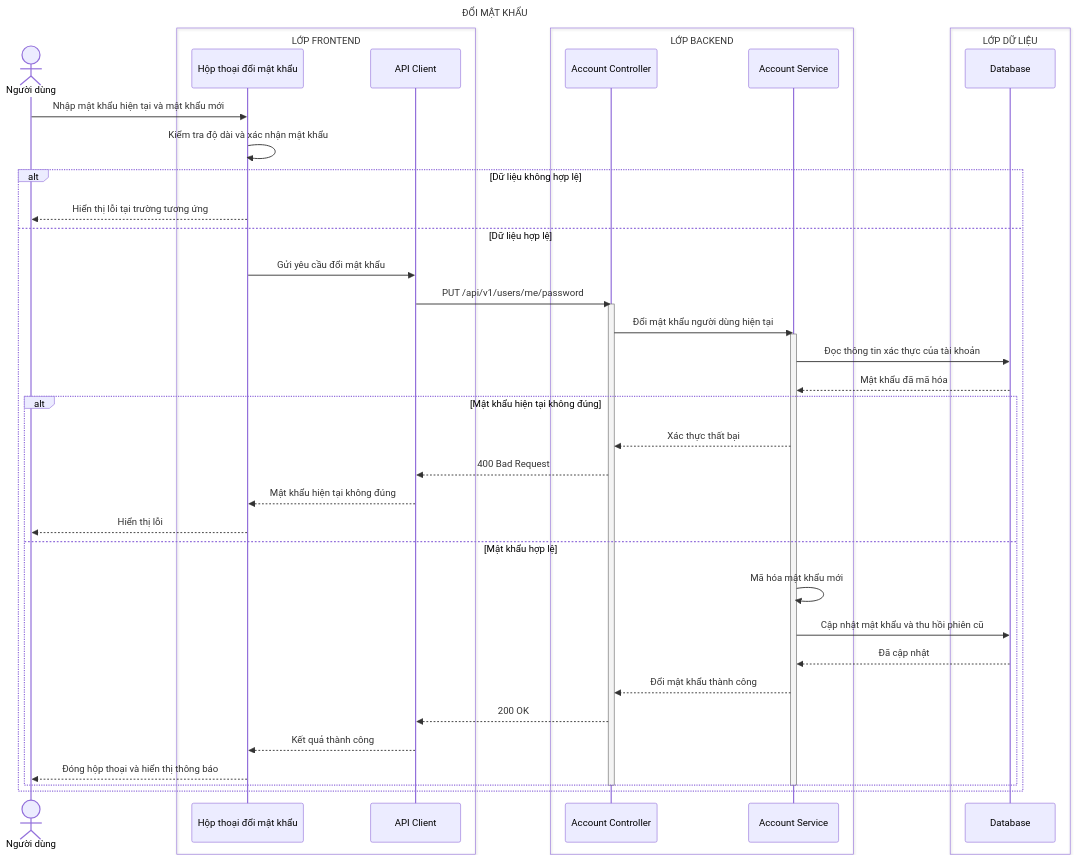
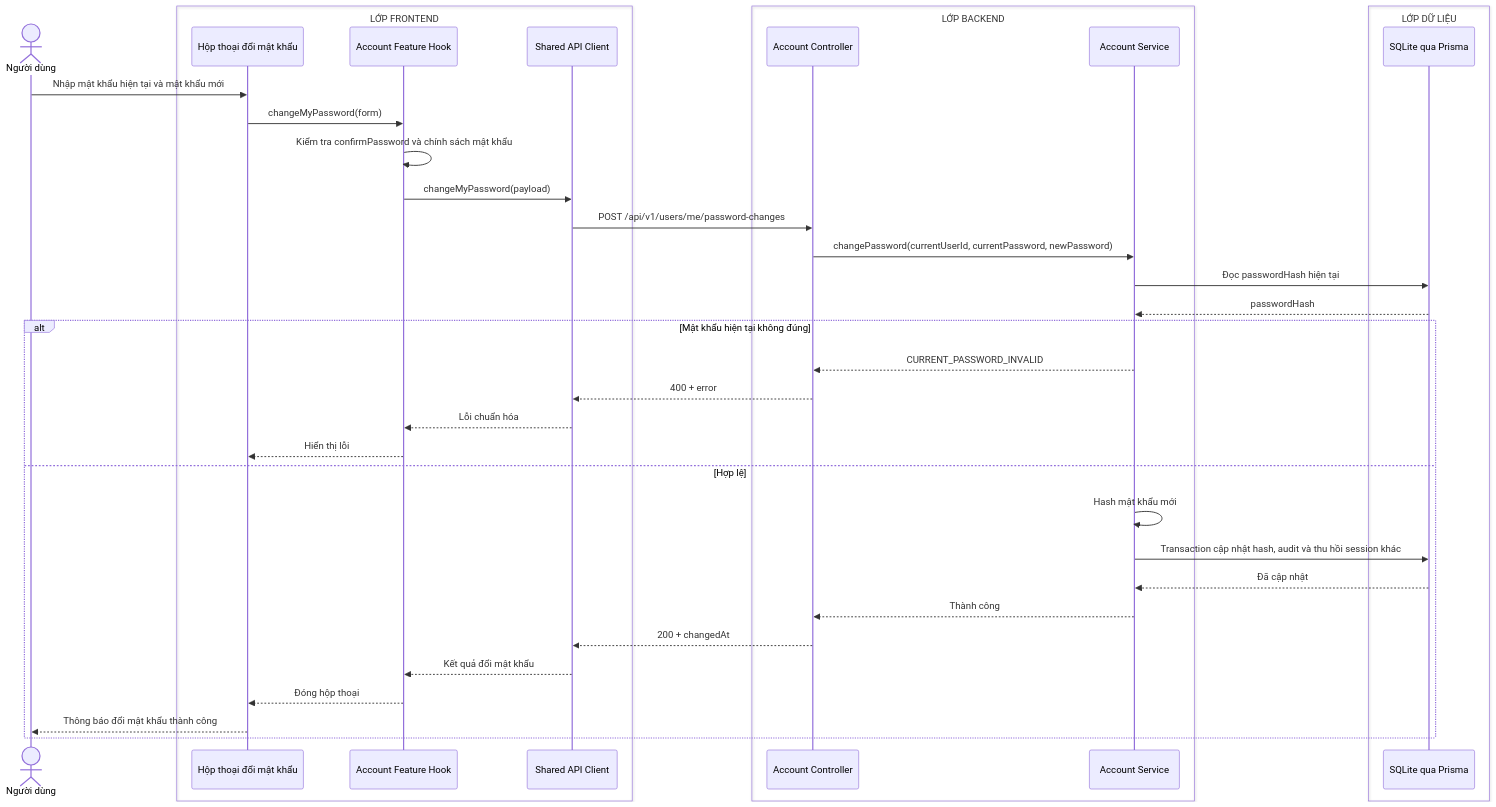
One commit to MINHDZVODICH/ctv-manage changed the first of 2 diagrams in docs/sequence-diagrams/05-doi-va-dat-lai-mat-khau.md. Above: the diagram before and after it, drawn with Mermaid. The commit also changed other lines of this file and 19 other files, not shown here.

Commit message:
docs: align API architecture and prototype flows

````diff
--- a/docs/sequence-diagrams/05-doi-va-dat-lai-mat-khau.md
+++ b/docs/sequence-diagrams/05-doi-va-dat-lai-mat-khau.md
@@ -5,53 +7,41 @@
 ```mermaid
 sequenceDiagram
-    title ĐỔI MẬT KHẨU
-
     actor U as Người dùng
-
     box LỚP FRONTEND
         participant UI as Hộp thoại đổi mật khẩu
-        participant API as API Client
+        participant H as Account Feature Hook
+        participant API as Shared API Client
     end
-
     box LỚP BACKEND
         participant C as Account Controller
         participant S as Account Service
     end
-
     box LỚP DỮ LIỆU
-        participant DB as Database
+        participant DB as SQLite qua Prisma
     end
 
     U->>UI: Nhập mật khẩu hiện tại và mật khẩu mới
-    UI->>UI: Kiểm tra độ dài và xác nhận mật khẩu
+    UI->>H: changeMyPassword(form)
+    H->>H: Kiểm tra confirmPassword và chính sách mật khẩu
+    H->>API: changeMyPassword(payload)
+    API->>C: POST /api/v1/users/me/password-changes
+    C->>S: changePassword(currentUserId, currentPassword, newPassword)
+    S->>DB: Đọc passwordHash hiện tại
+    DB-->>S: passwordHash
 
-    alt Dữ liệu không hợp lệ
-        UI-->>U: Hiển thị lỗi tại trường tương ứng
-    else Dữ liệu hợp lệ
-        UI->>API: Gửi yêu cầu đổi mật khẩu
-        API->>C: PUT /api/v1/users/me/password
-        activate C
-        C->>S: Đổi mật khẩu người dùng hiện tại
-        activate S
-        S->>DB: Đọc thông tin xác thực của tài khoản
-        DB-->>S: Mật khẩu đã mã hóa
-
-        alt Mật khẩu hiện tại không đúng
-            S-->>C: Xác thực thất bại
-            C-->>API: 400 Bad Request
-            API-->>UI: Mật khẩu hiện tại không đúng
-            UI-->>U: Hiển thị lỗi
-        else Mật khẩu hợp lệ
-            S->>S: Mã hóa mật khẩu mới
-            S->>DB: Cập nhật mật khẩu và thu hồi phiên cũ
-            DB-->>S: Đã cập nhật
-            S-->>C: Đổi mật khẩu thành công
-            C-->>API: 200 OK
-            API-->>UI: Kết quả thành công
-            UI-->>U: Đóng hộp thoại và hiển thị thông báo
-        end
-
-        deactivate S
-        deactivate C
+    alt Mật khẩu hiện tại không đúng
+        S-->>C: CURRENT_PASSWORD_INVALID
+        C-->>API: 400 + error
+        API-->>H: Lỗi chuẩn hóa
+        H-->>UI: Hiển thị lỗi
+    else Hợp lệ
+        S->>S: Hash mật khẩu mới
+        S->>DB: Transaction cập nhật hash, audit và thu hồi session khác
+        DB-->>S: Đã cập nhật
+        S-->>C: Thành công
+        C-->>API: 200 + changedAt
+        API-->>H: Kết quả đổi mật khẩu
+        H-->>UI: Đóng hộp thoại
+        UI-->>U: Thông báo đổi mật khẩu thành công
     end
 ```
````
